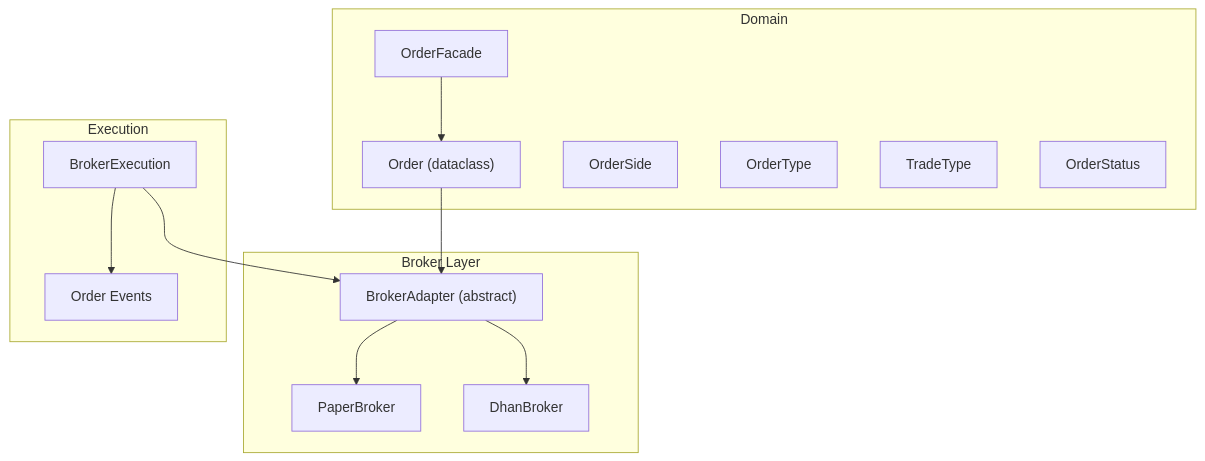
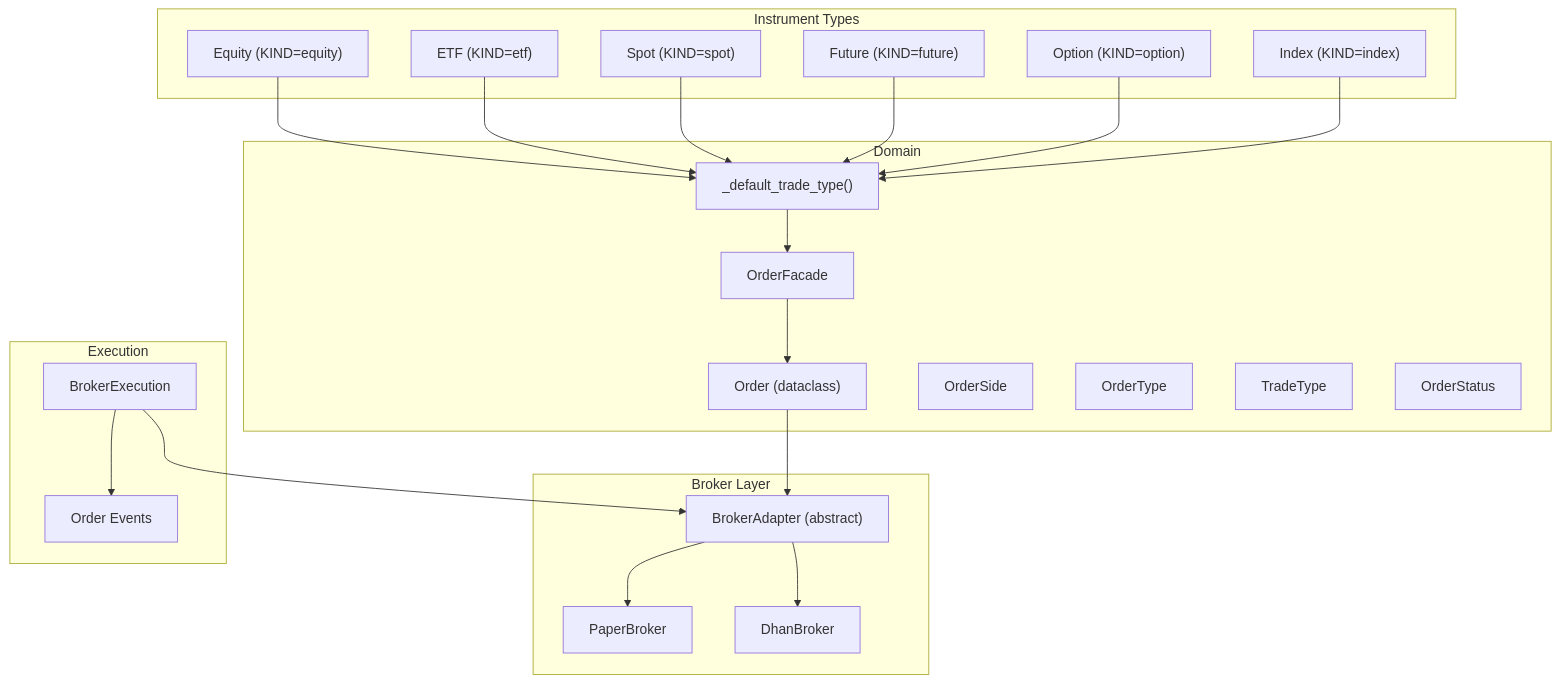
The first of 7 diagrams in .qoder/repowiki/en/content/Order Management/Order Lifecycle Management.md (Ganesh-Kusundal/nTrade), drawn with Mermaid before and after one commit. The commit also changed other lines of this file and 203 other files, not shown here.

````diff
--- a/.qoder/repowiki/en/content/Order Management/Order Lifecycle Management.md
+++ b/.qoder/repowiki/en/content/Order Management/Order Lifecycle Management.md
@@ -31,26 +45,42 @@
 ```mermaid
 graph TB
 subgraph "Domain"
 O["Order (dataclass)"]
 OS["OrderSide"]
 OT["OrderType"]
 TT["TradeType"]
 ST["OrderStatus"]
 OF["OrderFacade"]
+DT["_default_trade_type()"]
+end
+subgraph "Instrument Types"
+EQ["Equity (KIND=equity)"]
+ETF["ETF (KIND=etf)"]
+SP["Spot (KIND=spot)"]
+FD["Future (KIND=future)"]
+OP["Option (KIND=option)"]
+IDX["Index (KIND=index)"]
 end
 subgraph "Broker Layer"
 BA["BrokerAdapter (abstract)"]
 PB["PaperBroker"]
 DB["DhanBroker"]
 end
 subgraph "Execution"
 BE["BrokerExecution"]
 OE["Order Events"]
 end
 OF --> O
 O --> BA
+DT --> OF
+EQ --> DT
+ETF --> DT
+SP --> DT
+FD --> DT
+OP --> DT
+IDX --> DT
 BA --> PB
 BA --> DB
 BE --> BA
 BE --> OE
 ```
````
